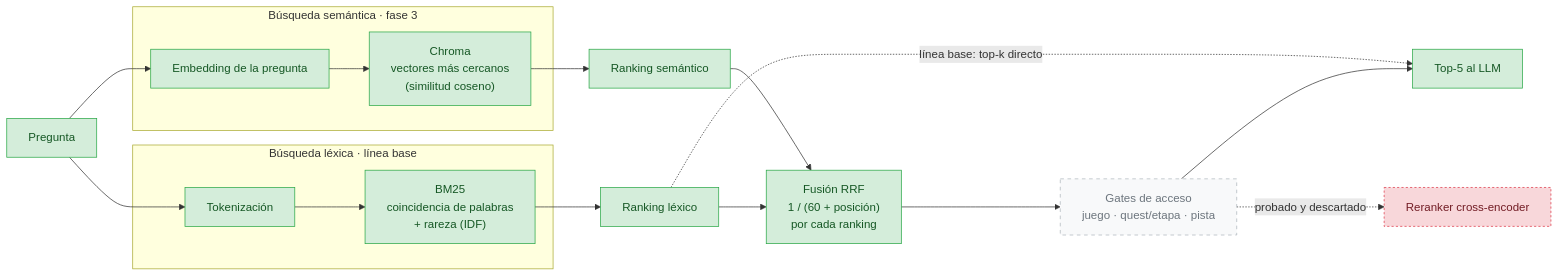
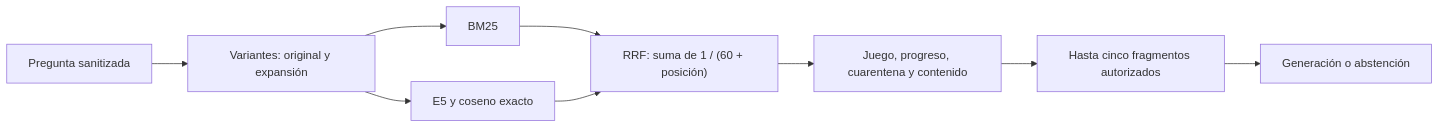
The diagram in docs/retrieval/README.md (SergioAle210/NLP-SemanticLit), drawn with Mermaid before and after one commit. The commit also changed other lines of this file and 63 other files, not shown here.

````diff
--- a/docs/retrieval/README.md
+++ b/docs/retrieval/README.md
@@ -14,31 +11,11 @@
 ```mermaid
 flowchart LR
-    Q["Pregunta"] --> T["Tokenización"]
-    Q --> E["Embedding de la pregunta"]
-
-    subgraph LEX["Búsqueda léxica · línea base"]
-        T --> B["BM25<br/>coincidencia de palabras<br/>+ rareza (IDF)"]
-    end
-
-    subgraph SEM["Búsqueda semántica · fase 3"]
-        E --> V["Chroma<br/>vectores más cercanos<br/>(similitud coseno)"]
-    end
-
-    B --> RA["Ranking léxico"]
-    V --> RB["Ranking semántico"]
-
-    RA --> F["Fusión RRF<br/>1 / (60 + posición)<br/>por cada ranking"]
-    RB --> F
-    F --> GT["Gates de acceso<br/>juego · quest/etapa · pista"]
-    GT --> K["Top-5 al LLM"]
-    GT -.->|probado y descartado| RR["Reranker cross-encoder"]
-
-    RA -.->|línea base: top-k directo| K
-
-    classDef done fill:#d4edda,stroke:#28a745,color:#155724
-    classDef pending fill:#f8f9fa,stroke:#adb5bd,color:#6c757d,stroke-dasharray: 5 5
-    classDef discarded fill:#f8d7da,stroke:#dc3545,color:#721c24,stroke-dasharray: 3 3
-    class Q,T,B,RA,K,E,V,RB,F done
-    class GT pending
-    class RR discarded
+    Q["Pregunta sanitizada"] --> X["Variantes: original y expansión"]
+    X --> B["BM25"]
+    X --> E["E5 y coseno exacto"]
+    B --> F["RRF: suma de 1 / (60 + posición)"]
+    E --> F
+    F --> A["Juego, progreso, cuarentena y contenido"]
+    A --> C["Hasta cinco fragmentos autorizados"]
+    C --> G["Generación o abstención"]
 ```
````
